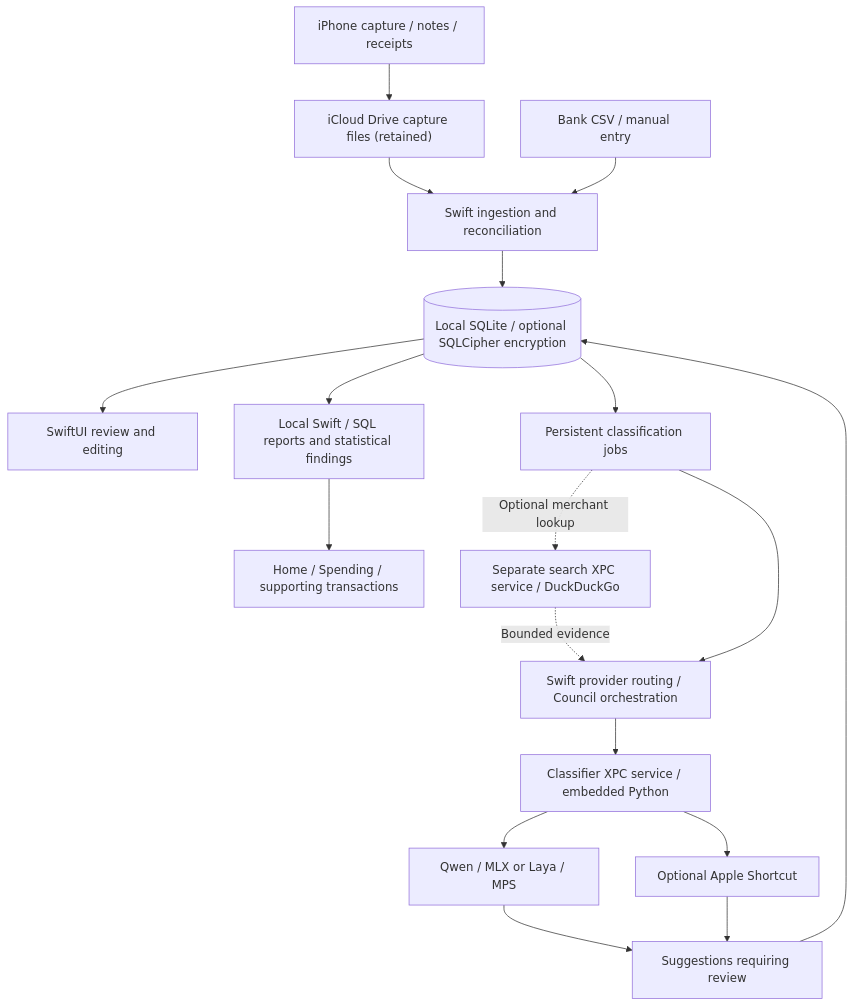
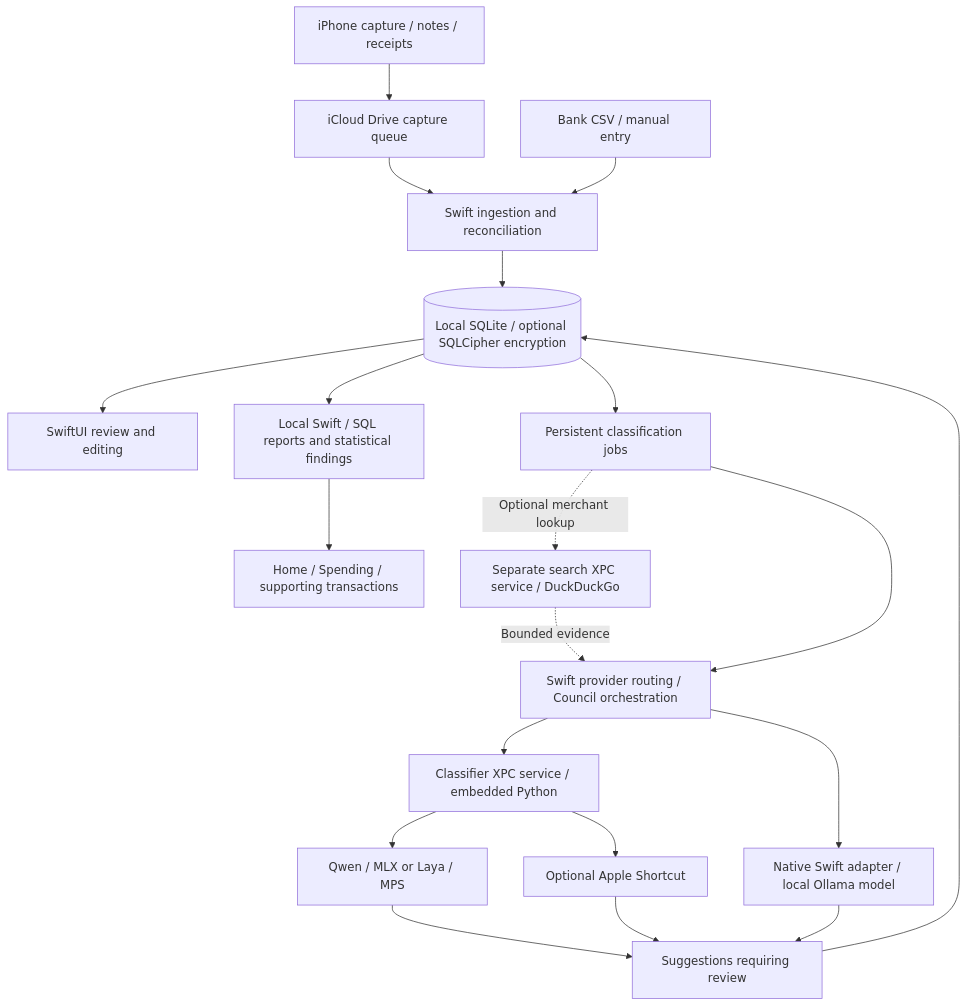
One commit to Henry-The-Yang-101/GroundKeeper changed the diagram in README.md. Above: the diagram before and after it, drawn with Mermaid. The commit also changed other lines of this file and 2 other files, not shown here.

````diff
--- a/README.md
+++ b/README.md
@@ -146,20 +165,22 @@
 ```mermaid
 flowchart TD
-    Phone["iPhone capture / notes / receipts"] --> Files["iCloud Drive capture files (retained)"]
+    Phone["iPhone capture / notes / receipts"] --> Files["iCloud Drive capture queue"]
     Files --> Core["Swift ingestion and reconciliation"]
     CSV["Bank CSV / manual entry"] --> Core
     Core --> DB[("Local SQLite / optional SQLCipher encryption")]
     DB --> UI["SwiftUI review and editing"]
     DB --> Reports["Local Swift / SQL reports and statistical findings"]
     Reports --> Spending["Home / Spending / supporting transactions"]
     DB --> Jobs["Persistent classification jobs"]
     Jobs -. "Optional merchant lookup" .-> Search["Separate search XPC service / DuckDuckGo"]
     Search -. "Bounded evidence" .-> Routing["Swift provider routing / Council orchestration"]
     Jobs --> Routing
     Routing --> XPC["Classifier XPC service / embedded Python"]
+    Routing --> Ollama["Native Swift adapter / local Ollama model"]
     XPC --> Local["Qwen / MLX or Laya / MPS"]
     XPC --> Optional["Optional Apple Shortcut"]
     Local --> Review["Suggestions requiring review"]
+    Ollama --> Review
     Optional --> Review
     Review --> DB
 ```
````
